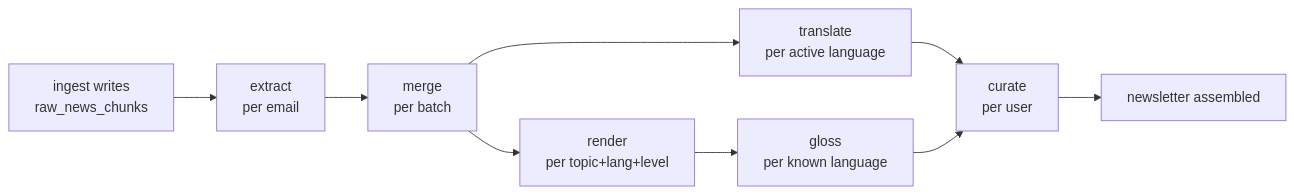
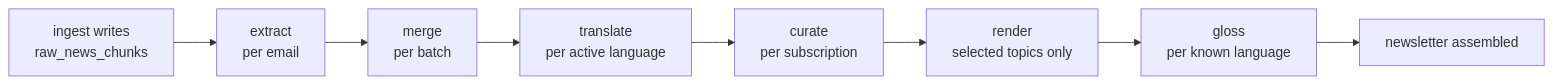
One commit to marcinstopyra/polyglot-pigeon changed the fourth of 6 diagrams in docs/architecture.md. Above: the diagram before and after it, drawn with Mermaid. The commit also changed other lines of this file, not shown here.

Commit message:
roadmap refinement

````diff
--- a/docs/architecture.md
+++ b/docs/architecture.md
@@ -700,11 +746,10 @@
 ```mermaid
 graph LR
     A[ingest writes<br/>raw_news_chunks] --> B[extract<br/>per email]
     B --> C[merge<br/>per batch]
     C --> D[translate<br/>per active language]
-    C --> E[render<br/>per topic+lang+level]
+    D --> F[curate<br/>per subscription]
+    F --> E[render<br/>selected topics only]
     E --> H[gloss<br/>per known language]
-    D --> F[curate<br/>per user]
-    H --> F
-    F --> G[newsletter assembled]
+    H --> G[newsletter assembled]
 ```
````
